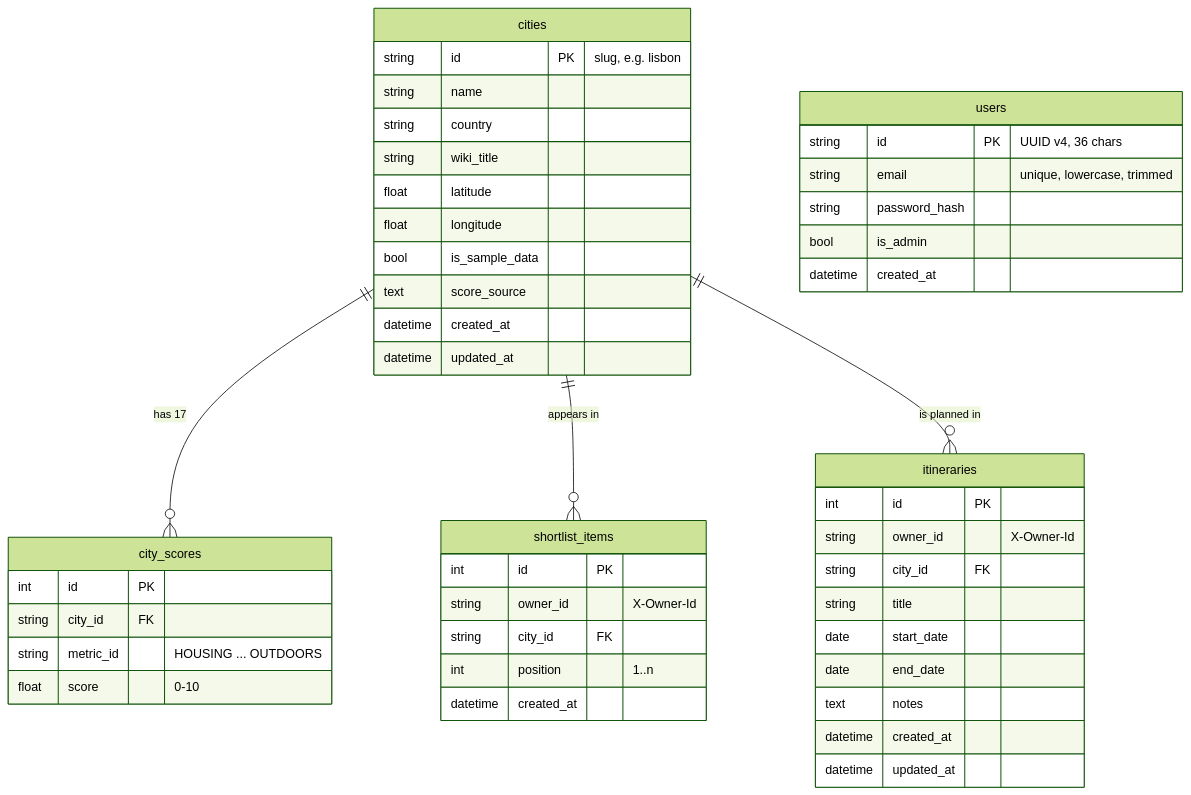
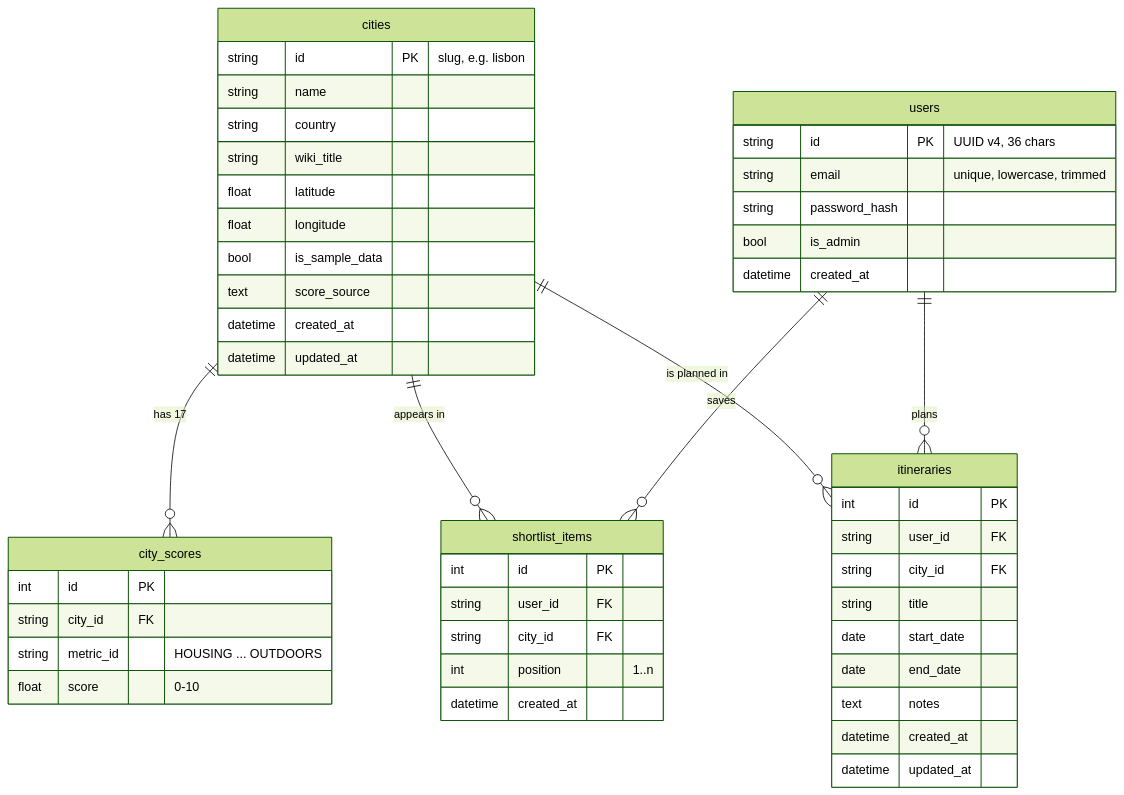
One commit to The-Nomadscore/nomadscorehub changed the diagram in docs/database-schema.md. Above: the diagram before and after it, drawn with Mermaid (forest theme). The commit also changed other lines of this file and 11 other files, not shown here.

First line of the commit message:
Make shortlist and itineraries user-owned (B1, B2). Replace owner_id … (#164)

````diff
--- a/docs/database-schema.md
+++ b/docs/database-schema.md
@@ -21,50 +21,53 @@
 ```mermaid
 erDiagram
     cities ||--o{ city_scores : "has 17"
     cities ||--o{ shortlist_items : "appears in"
     cities ||--o{ itineraries : "is planned in"
+
+    users ||--o{ shortlist_items : "saves"
+    users ||--o{ itineraries : "plans"
 
     cities {
         string id PK "slug, e.g. lisbon"
         string name
         string country
         string wiki_title
         float latitude
         float longitude
         bool is_sample_data
         text score_source
         datetime created_at
         datetime updated_at
     }
     city_scores {
         int id PK
         string city_id FK
         string metric_id "HOUSING ... OUTDOORS"
         float score "0-10"
     }
     shortlist_items {
         int id PK
-        string owner_id "X-Owner-Id"
+        string user_id FK
         string city_id FK
         int position "1..n"
         datetime created_at
     }
     itineraries {
         int id PK
-        string owner_id "X-Owner-Id"
+        string user_id FK
         string city_id FK
         string title
         date start_date
         date end_date
         text notes
         datetime created_at
         datetime updated_at
     }
-        users {
+    users {
         string id PK "UUID v4, 36 chars"
         string email "unique, lowercase, trimmed"
         string password_hash
         bool is_admin
         datetime created_at
     }
 ```
````
